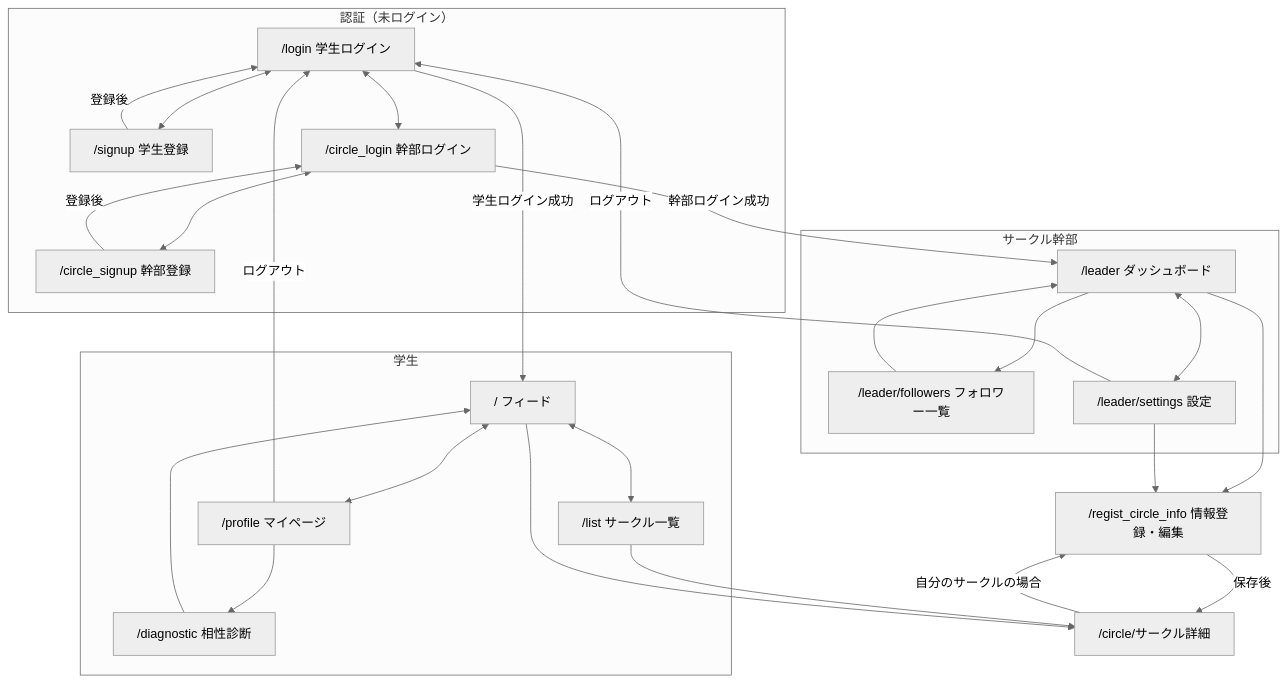
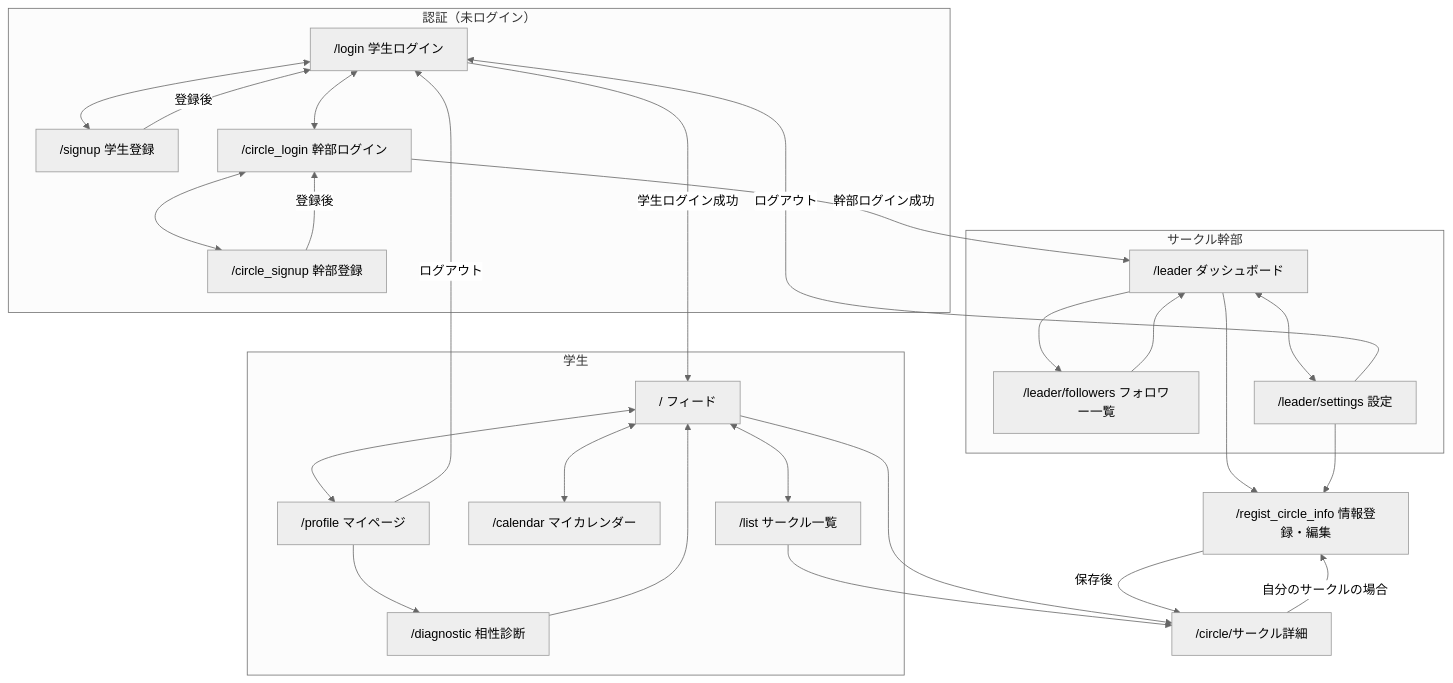
Before and after one commit to Ankou369/circle_search_app: the diagram in README.md, drawn with Mermaid (neutral theme). The commit also changed 5 other files, not shown here.

````diff
--- a/README.md
+++ b/README.md
@@ -9,44 +9,46 @@
 ```mermaid
 flowchart TD
     subgraph auth ["認証（未ログイン）"]
         L["/login 学生ログイン"]
         SU["/signup 学生登録"]
         CL["/circle_login 幹部ログイン"]
         CS["/circle_signup 幹部登録"]
         L <--> SU
         CL <--> CS
         L <--> CL
     end
     subgraph student ["学生"]
         HOME["/ フィード"]
         LIST["/list サークル一覧"]
+        CAL["/calendar マイカレンダー"]
         PROF["/profile マイページ"]
         DIAG["/diagnostic 相性診断"]
         HOME <--> LIST
+        HOME <--> CAL
         HOME <--> PROF
         PROF --> DIAG
         DIAG --> HOME
     end
     subgraph leader ["サークル幹部"]
         DASH["/leader ダッシュボード"]
         FOL["/leader/followers フォロワー一覧"]
         SET["/leader/settings 設定"]
         DASH <--> SET
         DASH --> FOL
         FOL --> DASH
     end
     DET["/circle/サークル詳細"]
     REG["/regist_circle_info 情報登録・編集"]
     L -->|学生ログイン成功| HOME
     SU -->|登録後| L
     CL -->|幹部ログイン成功| DASH
     CS -->|登録後| CL
     LIST --> DET
     HOME --> DET
     DASH --> REG
     SET --> REG
     DET -->|自分のサークルの場合| REG
     REG -->|保存後| DET
     PROF -->|ログアウト| L
     SET -->|ログアウト| L
 ```
````
